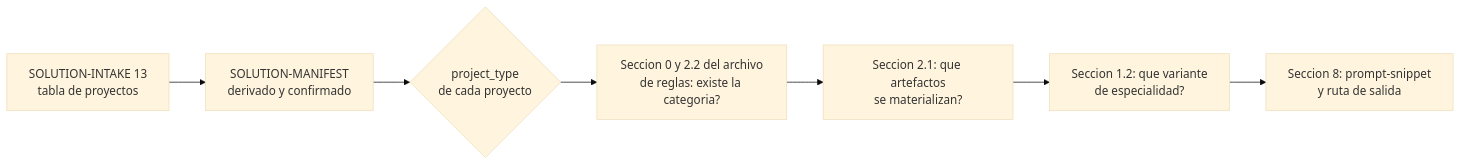
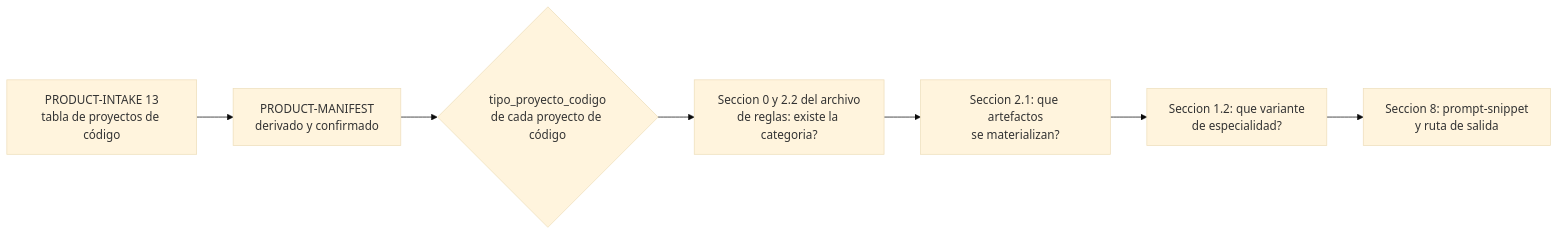
The second of 3 diagrams in SDD/Guides/SDD-Development-Guide.md (Aplicada-Streaming/IA.SDD), drawn with Mermaid (base theme) before and after one commit. The commit also changed other lines of this file and 100 other files, not shown here.

````diff
--- a/SDD/Guides/SDD-Development-Guide.md
+++ b/SDD/Guides/SDD-Development-Guide.md
@@ -185,9 +189,9 @@
 ```mermaid
 graph LR
-    A[SOLUTION-INTAKE 13<br/>tabla de proyectos] --> B[SOLUTION-MANIFEST<br/>derivado y confirmado]
-    B --> C{project_type<br/>de cada proyecto}
+    A[PRODUCT-INTAKE 13<br/>tabla de proyectos de código] --> B[PRODUCT-MANIFEST<br/>derivado y confirmado]
+    B --> C{tipo_proyecto_codigo<br/>de cada proyecto de código}
     C --> D[Seccion 0 y 2.2 del archivo<br/>de reglas: existe la categoria?]
     D --> E[Seccion 2.1: que artefactos<br/>se materializan?]
     E --> F[Seccion 1.2: que variante<br/>de especialidad?]
     F --> G[Seccion 8: prompt-snippet<br/>y ruta de salida]
 ```
````
